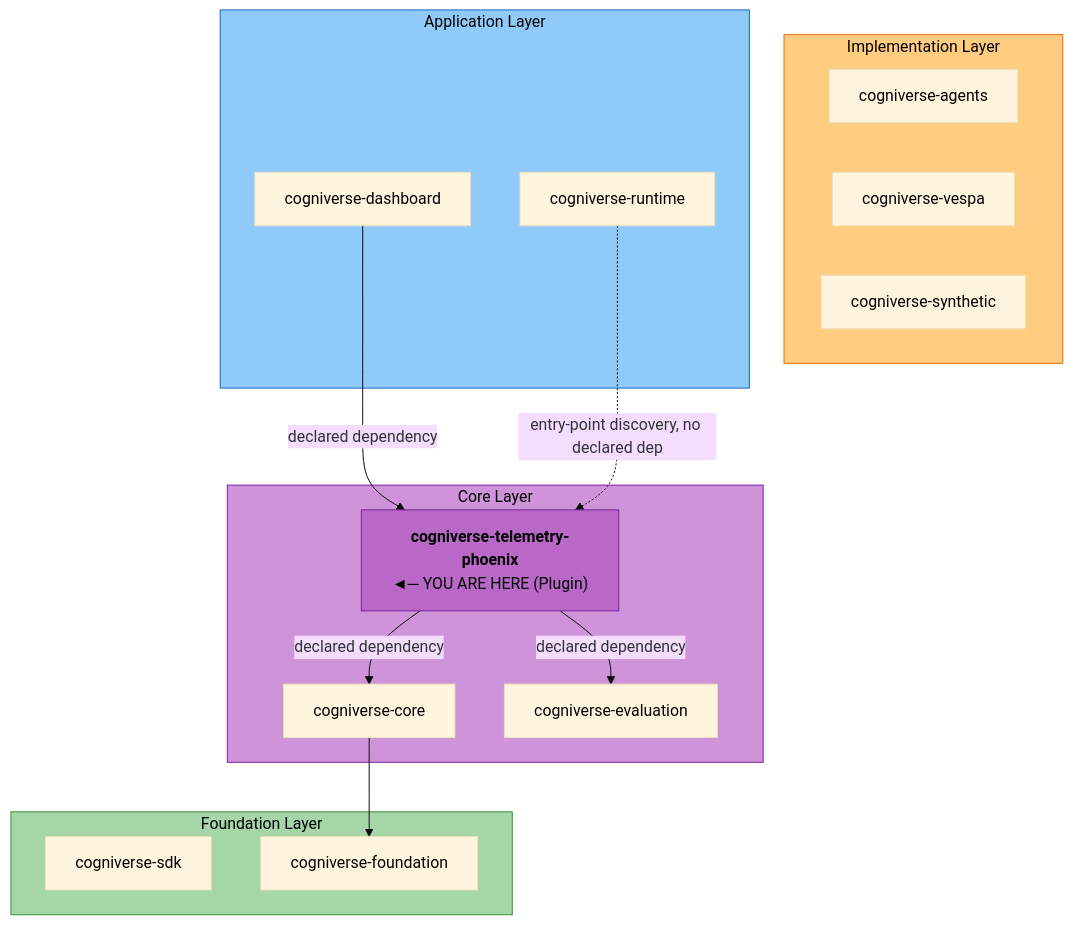
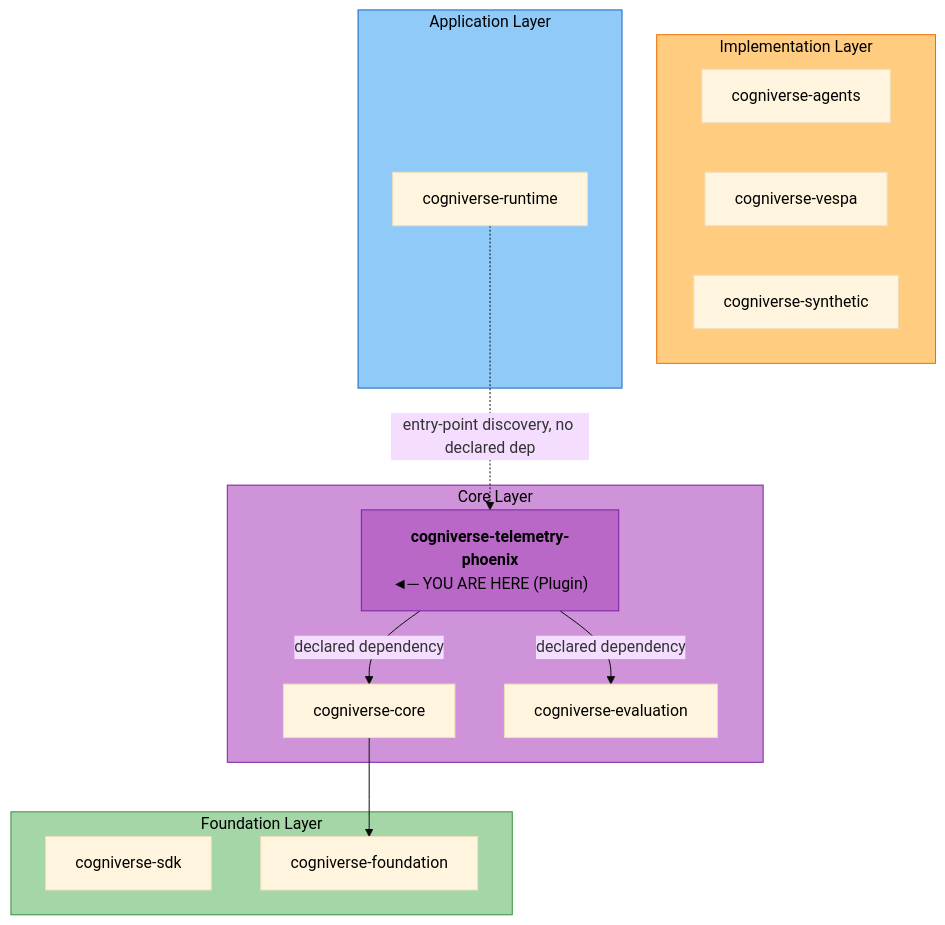
Before and after one commit to amit-jain/cogniverse: the diagram in libs/telemetry-phoenix/README.md, drawn with Mermaid (base theme). The commit also changed other lines of this file and 241 other files, not shown here.

````diff
--- a/libs/telemetry-phoenix/README.md
+++ b/libs/telemetry-phoenix/README.md
@@ -27,36 +27,34 @@
 ```mermaid
 flowchart TB
     subgraph FoundationLayer["<span style='color:#000'>Foundation Layer</span>"]
         SDK["<span style='color:#000'>cogniverse-sdk</span>"]
         Foundation["<span style='color:#000'>cogniverse-foundation</span>"]
     end
 
     subgraph CoreLayer["<span style='color:#000'>Core Layer</span>"]
         Core["<span style='color:#000'>cogniverse-core</span>"]
         Evaluation["<span style='color:#000'>cogniverse-evaluation</span>"]
         TelemetryPhoenix["<span style='color:#000'><b>cogniverse-telemetry-phoenix</b><br/>◄─ YOU ARE HERE (Plugin)</span>"]
     end
 
     subgraph ImplementationLayer["<span style='color:#000'>Implementation Layer</span>"]
         Agents["<span style='color:#000'>cogniverse-agents</span>"]
         Vespa["<span style='color:#000'>cogniverse-vespa</span>"]
         Synthetic["<span style='color:#000'>cogniverse-synthetic</span>"]
     end
 
     subgraph ApplicationLayer["<span style='color:#000'>Application Layer</span>"]
         Runtime["<span style='color:#000'>cogniverse-runtime</span>"]
-        Dashboard["<span style='color:#000'>cogniverse-dashboard</span>"]
     end
 
     Core --> Foundation
     TelemetryPhoenix -->|declared dependency| Core
     TelemetryPhoenix -->|declared dependency| Evaluation
-    Dashboard -->|declared dependency| TelemetryPhoenix
     Runtime -.->|entry-point discovery, no declared dep| TelemetryPhoenix
 
     style FoundationLayer fill:#a5d6a7,stroke:#388e3c,color:#000
     style CoreLayer fill:#ce93d8,stroke:#7b1fa2,color:#000
     style ImplementationLayer fill:#ffcc80,stroke:#ef6c00,color:#000
     style ApplicationLayer fill:#90caf9,stroke:#1565c0,color:#000
     style TelemetryPhoenix fill:#ba68c8,stroke:#7b1fa2,color:#000
 ```
````
